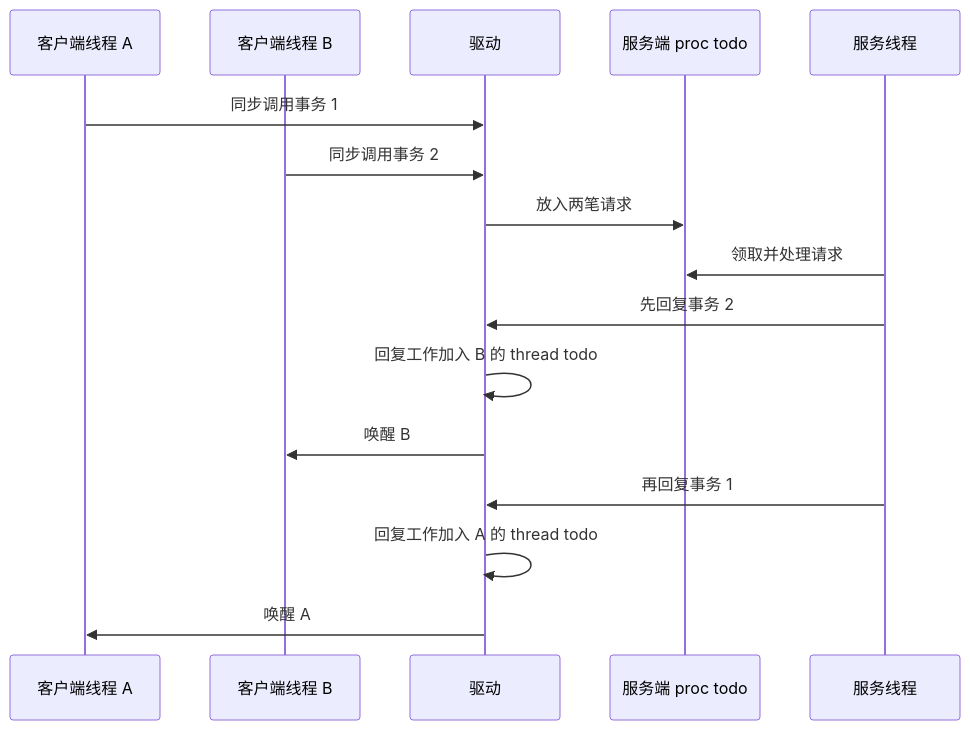
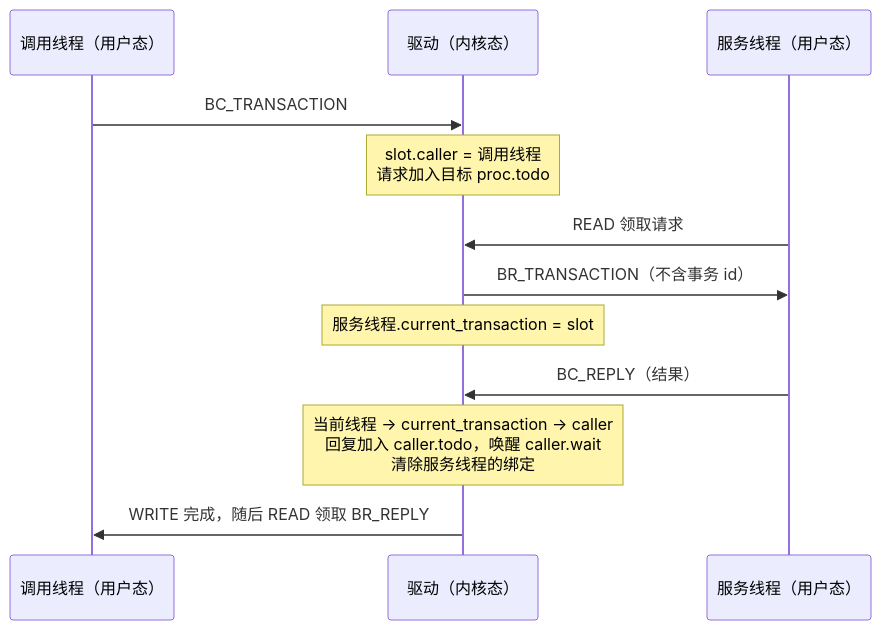
The diagram in docs/05-threading/5.2-thread-todo.md (kobewang126/BinderABC-V3), drawn with Mermaid before and after one commit. The commit also changed other lines of this file and 158 other files, not shown here.

````diff
--- a/docs/05-threading/5.2-thread-todo.md
+++ b/docs/05-threading/5.2-thread-todo.md
@@ -13,18 +13,14 @@
 ```mermaid
 sequenceDiagram
-    participant A as 客户端线程 A
-    participant B as 客户端线程 B
-    participant D as 驱动
-    participant P as 服务端 proc todo
-    participant S as 服务线程
-    A->>D: 同步调用事务 1
-    B->>D: 同步调用事务 2
-    D->>P: 放入两笔请求
-    S->>P: 领取并处理请求
-    S->>D: 先回复事务 2
-    D->>D: 回复工作加入 B 的 thread todo
-    D->>B: 唤醒 B
-    S->>D: 再回复事务 1
-    D->>D: 回复工作加入 A 的 thread todo
-    D->>A: 唤醒 A
+    participant C as 调用线程（用户态）
+    participant D as 驱动（内核态）
+    participant S as 服务线程（用户态）
+    C->>D: BC_TRANSACTION
+    Note over D: slot.caller = 调用线程<br/>请求加入目标 proc.todo
+    S->>D: READ 领取请求
+    D->>S: BR_TRANSACTION（不含事务 id）
+    Note over D: 服务线程.current_transaction = slot
+    S->>D: BC_REPLY（结果）
+    Note over D: 当前线程 → current_transaction → caller<br/>回复加入 caller.todo，唤醒 caller.wait<br/>清除服务线程的绑定
+    D->>C: WRITE 完成，随后 READ 领取 BR_REPLY
 ```
````
